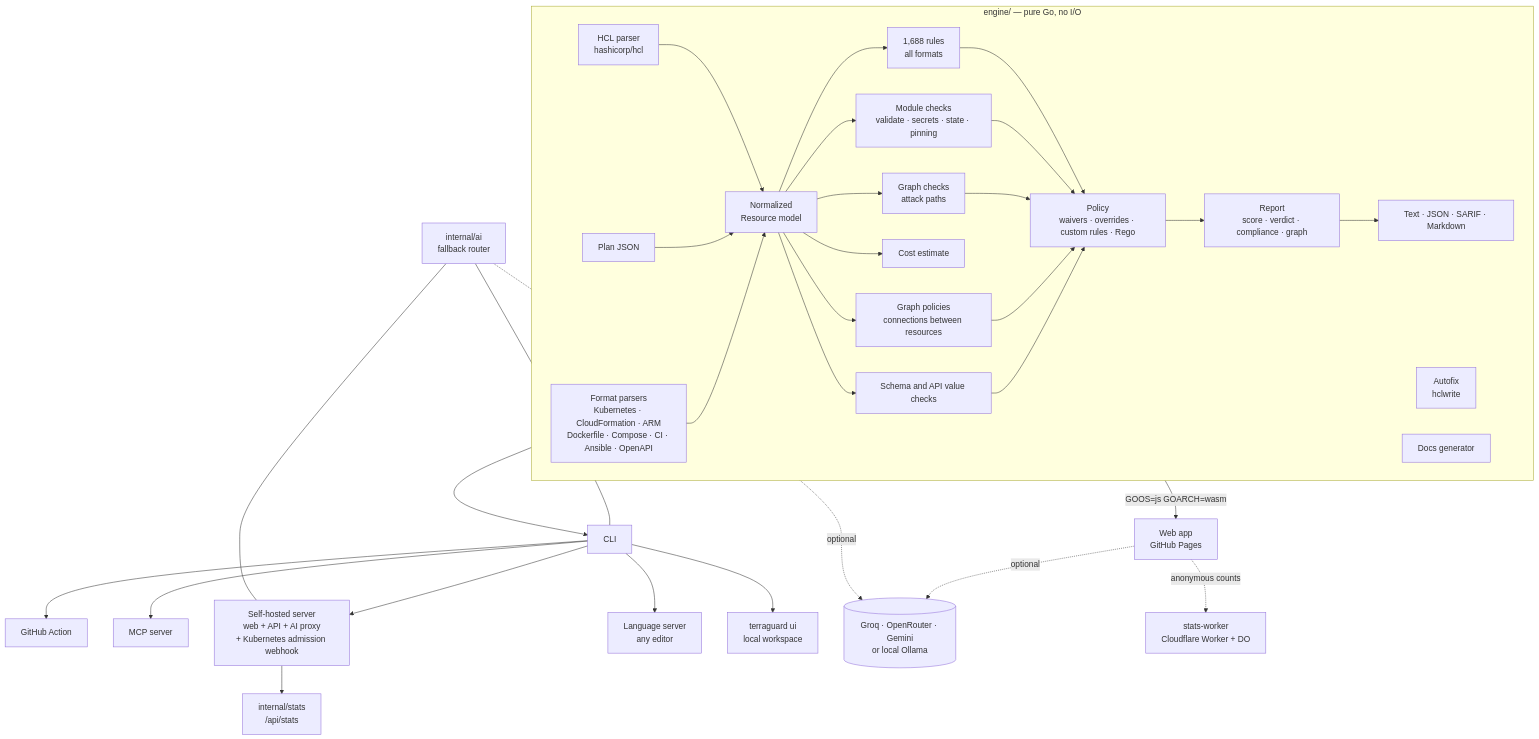
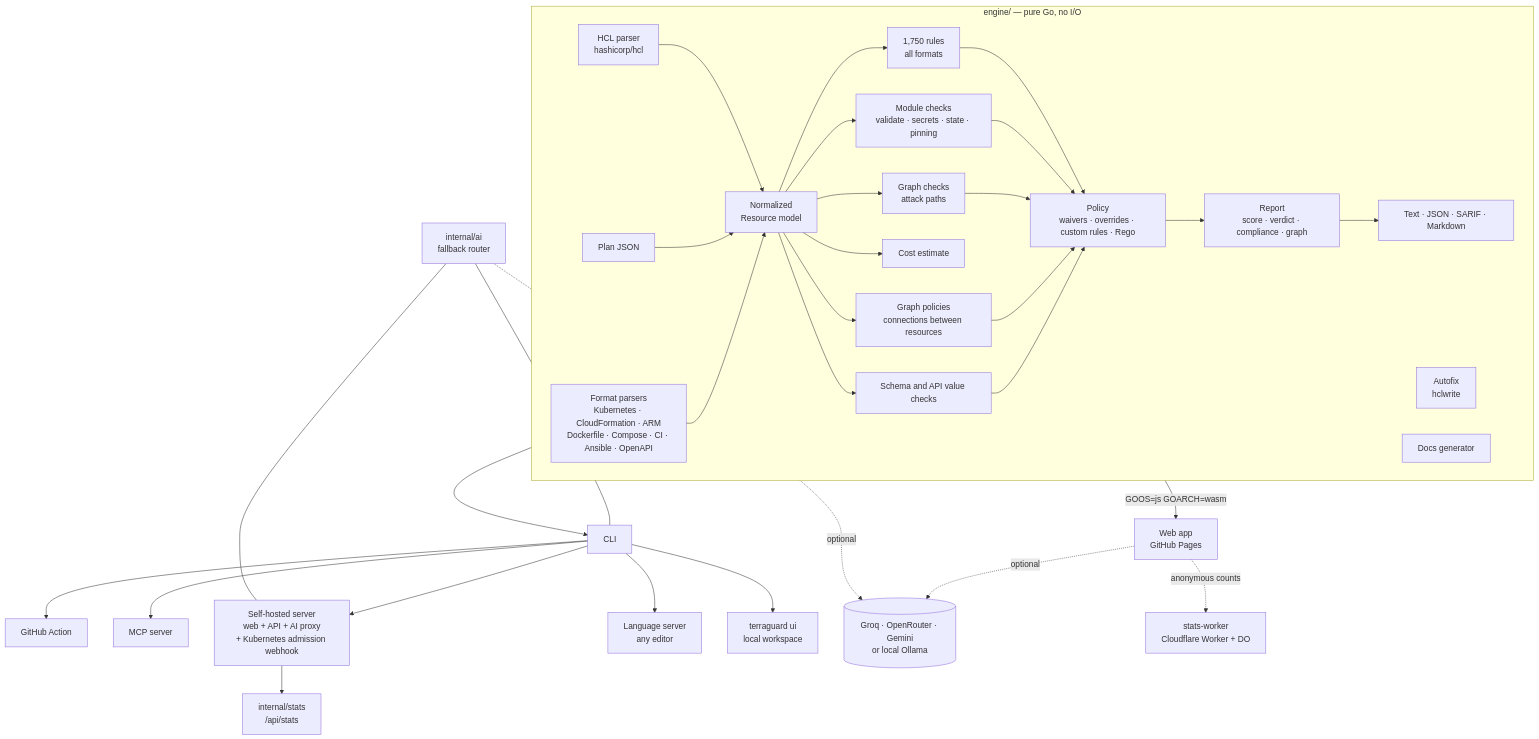
One commit to Karthik-099/TERRAGUARD changed the first of 13 diagrams in docs/ARCHITECTURE.md. Above: the diagram before and after it, drawn with Mermaid. The commit also changed other lines of this file and 101 other files, not shown here.

````diff
--- a/docs/ARCHITECTURE.md
+++ b/docs/ARCHITECTURE.md
@@ -65,35 +65,35 @@
 ```mermaid
 flowchart TB
   subgraph Engine["engine/ — pure Go, no I/O"]
     direction LR
     P[HCL parser<br/>hashicorp/hcl] --> N[Normalized<br/>Resource model]
     PL[Plan JSON] --> N
     FP[Format parsers<br/>Kubernetes · CloudFormation · ARM<br/>Dockerfile · Compose · CI · Ansible · OpenAPI] --> N
-    N --> R[1,688 rules<br/>all formats]
+    N --> R[1,750 rules<br/>all formats]
     N --> GP[Graph policies<br/>connections between resources]
     N --> V[Schema and API value checks]
     N --> COST[Cost estimate]
     N --> M[Module checks<br/>validate · secrets · state · pinning]
     N --> G[Graph checks<br/>attack paths]
     R & M & G & GP & V --> POL[Policy<br/>waivers · overrides · custom rules · Rego]
     POL --> REP[Report<br/>score · verdict · compliance · graph]
     REP --> FMT[Text · JSON · SARIF · Markdown]
     FX[Autofix<br/>hclwrite]
     DOC[Docs generator]
   end
 
   Engine -- GOOS=js GOARCH=wasm --> WEB[Web app<br/>GitHub Pages]
   Engine --> CLI[CLI]
   CLI --> ACT[GitHub Action]
   CLI --> MCP[MCP server]
   CLI --> SRV[Self-hosted server<br/>web + API + AI proxy<br/>+ Kubernetes admission webhook]
   CLI --> LSP[Language server<br/>any editor]
   CLI --> UI[terraguard ui<br/>local workspace]
 
   AIR[internal/ai<br/>fallback router] --- CLI
   AIR --- SRV
   WEB -. optional .-> LLM[(Groq · OpenRouter · Gemini<br/>or local Ollama)]
   AIR -. optional .-> LLM
   WEB -. anonymous counts .-> SW[stats-worker<br/>Cloudflare Worker + DO]
   SRV --> ST[internal/stats<br/>/api/stats]
 ```
````
